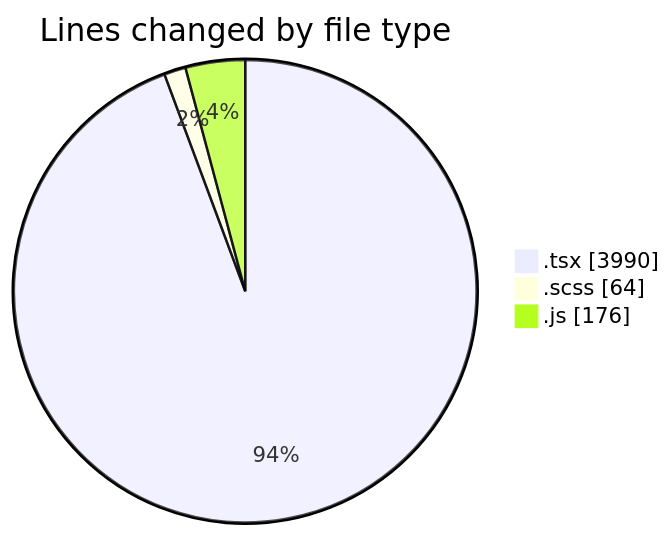
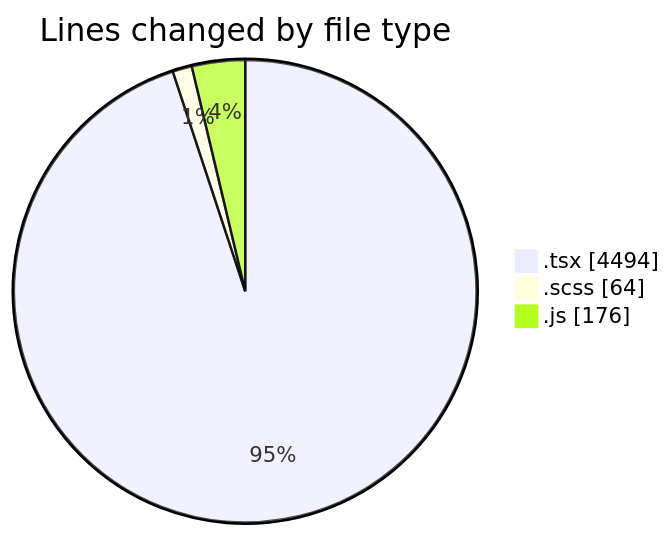
Before and after one commit to momahboobian/code-tracking: the first of 2 diagrams in 2025-06-16/cda/README.md, drawn with Mermaid. The commit also changed other lines of this file and 1 other file, not shown here.

````diff
--- a/2025-06-16/cda/README.md
+++ b/2025-06-16/cda/README.md
@@ -35,7 +36,7 @@
 ```mermaid
 pie showData
 title Lines changed by file type
-".tsx" : 3990
+".tsx" : 4494
 ".scss" : 64
 ".js" : 176
 ```
````
